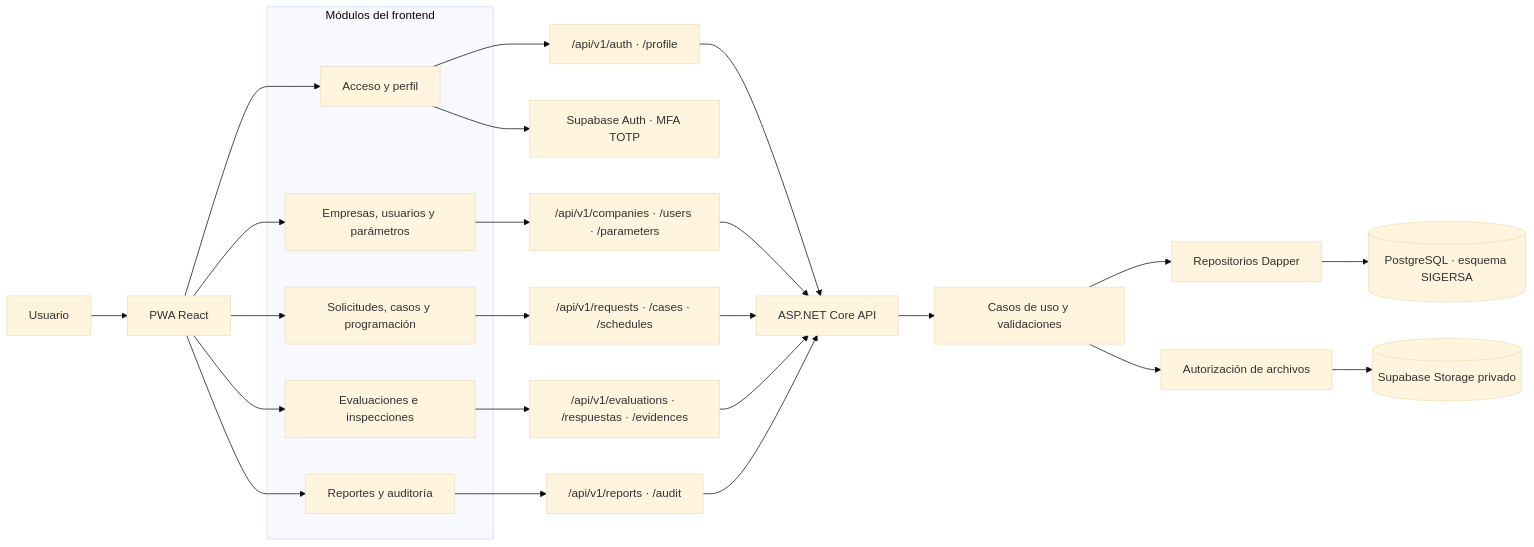
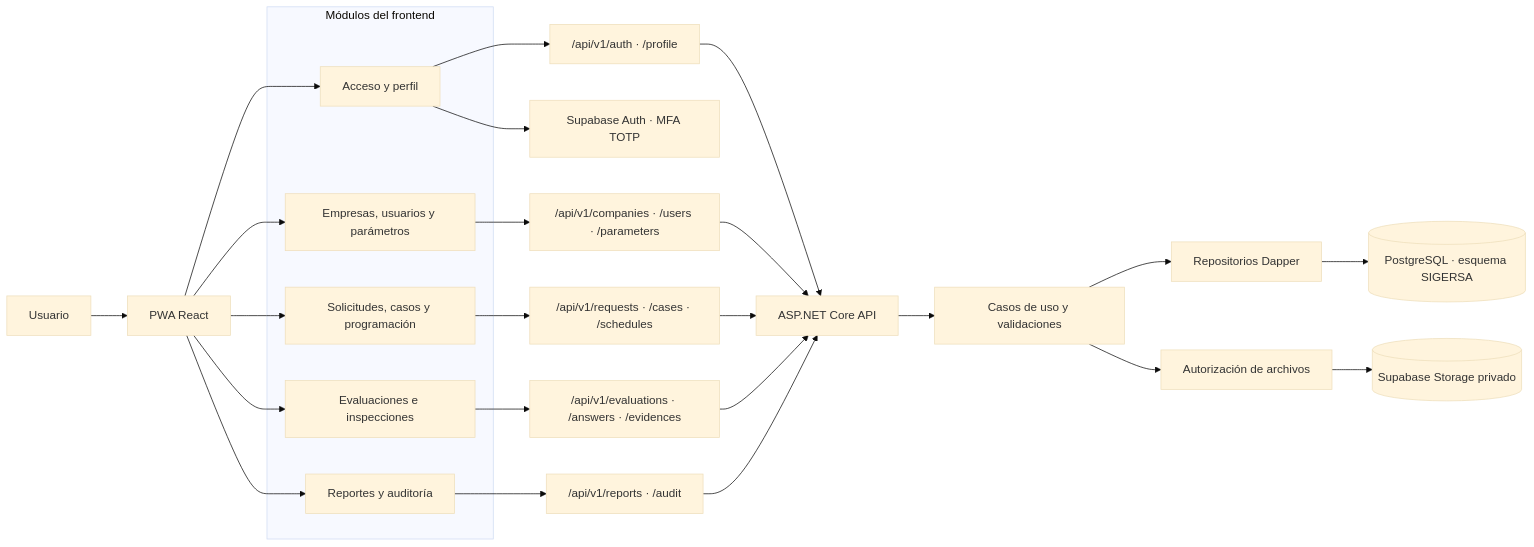
One commit to soyeduardo01/SIGERSA changed the diagram in README.md. Above: the diagram before and after it, drawn with Mermaid (base theme). The commit also changed other lines of this file, not shown here.

````diff
--- a/README.md
+++ b/README.md
@@ -91,36 +96,36 @@
 ```mermaid
 flowchart LR
     U[Usuario] --> PWA[PWA React]
 
     subgraph Modulos["Módulos del frontend"]
         AUTH[Acceso y perfil]
         ADM[Empresas, usuarios y parámetros]
         OPS[Solicitudes, casos y programación]
         INS[Evaluaciones e inspecciones]
         REP[Reportes y auditoría]
     end
 
     PWA --> AUTH
     PWA --> ADM
     PWA --> OPS
     PWA --> INS
     PWA --> REP
 
     AUTH --> A1["/api/v1/auth · /profile"]
     ADM --> A2["/api/v1/companies · /users · /parameters"]
     OPS --> A3["/api/v1/requests · /cases · /schedules"]
-    INS --> A4["/api/v1/evaluations · /respuestas · /evidences"]
+    INS --> A4["/api/v1/evaluations · /answers · /evidences"]
     REP --> A5["/api/v1/reports · /audit"]
 
     A1 --> API[ASP.NET Core API]
     A2 --> API
     A3 --> API
     A4 --> API
     A5 --> API
     API --> APP[Casos de uso y validaciones]
     APP --> REPO[Repositorios Dapper]
     REPO --> PG[(PostgreSQL · esquema SIGERSA)]
     APP --> STORAGE[Autorización de archivos]
     STORAGE --> SB[(Supabase Storage privado)]
     AUTH --> SBA[Supabase Auth · MFA TOTP]
 ```
````
